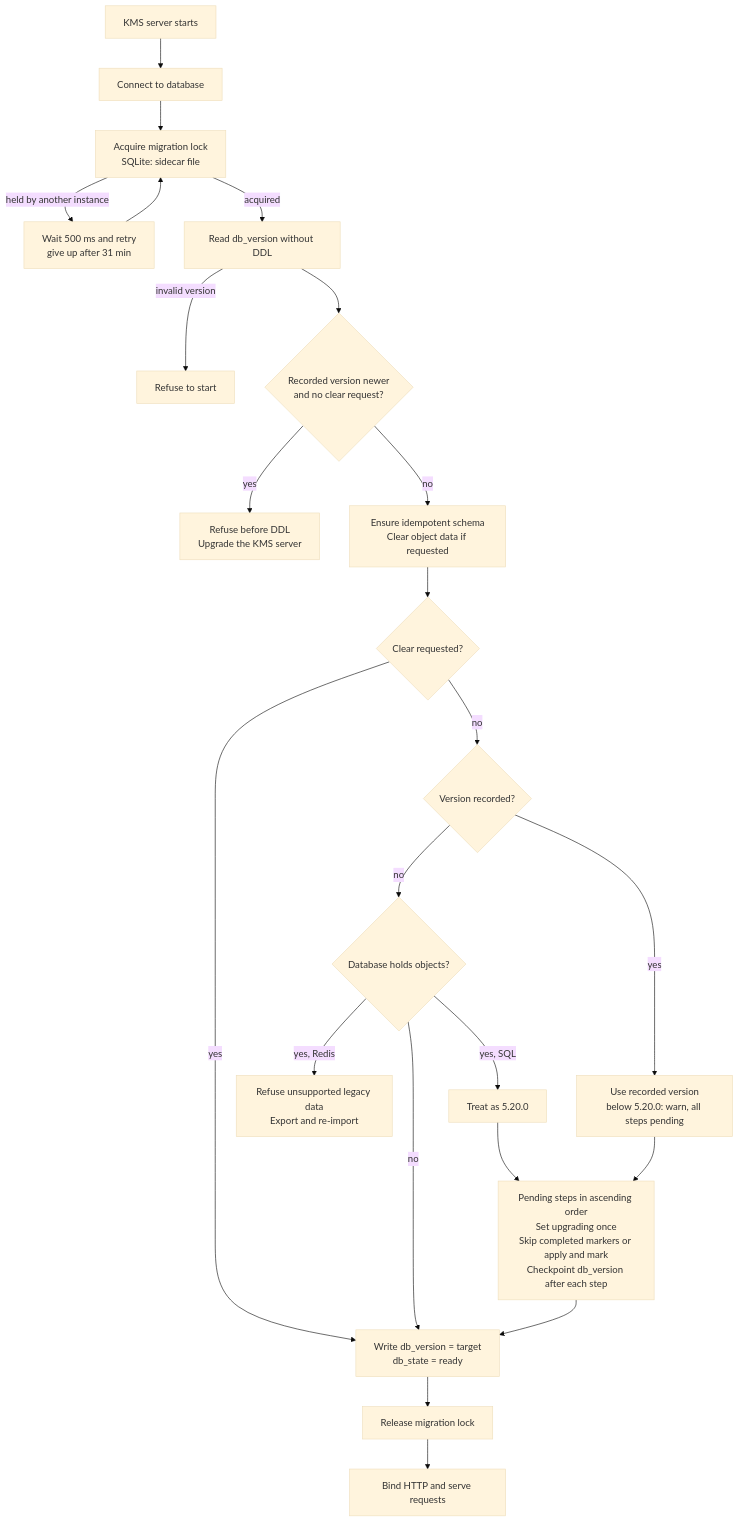
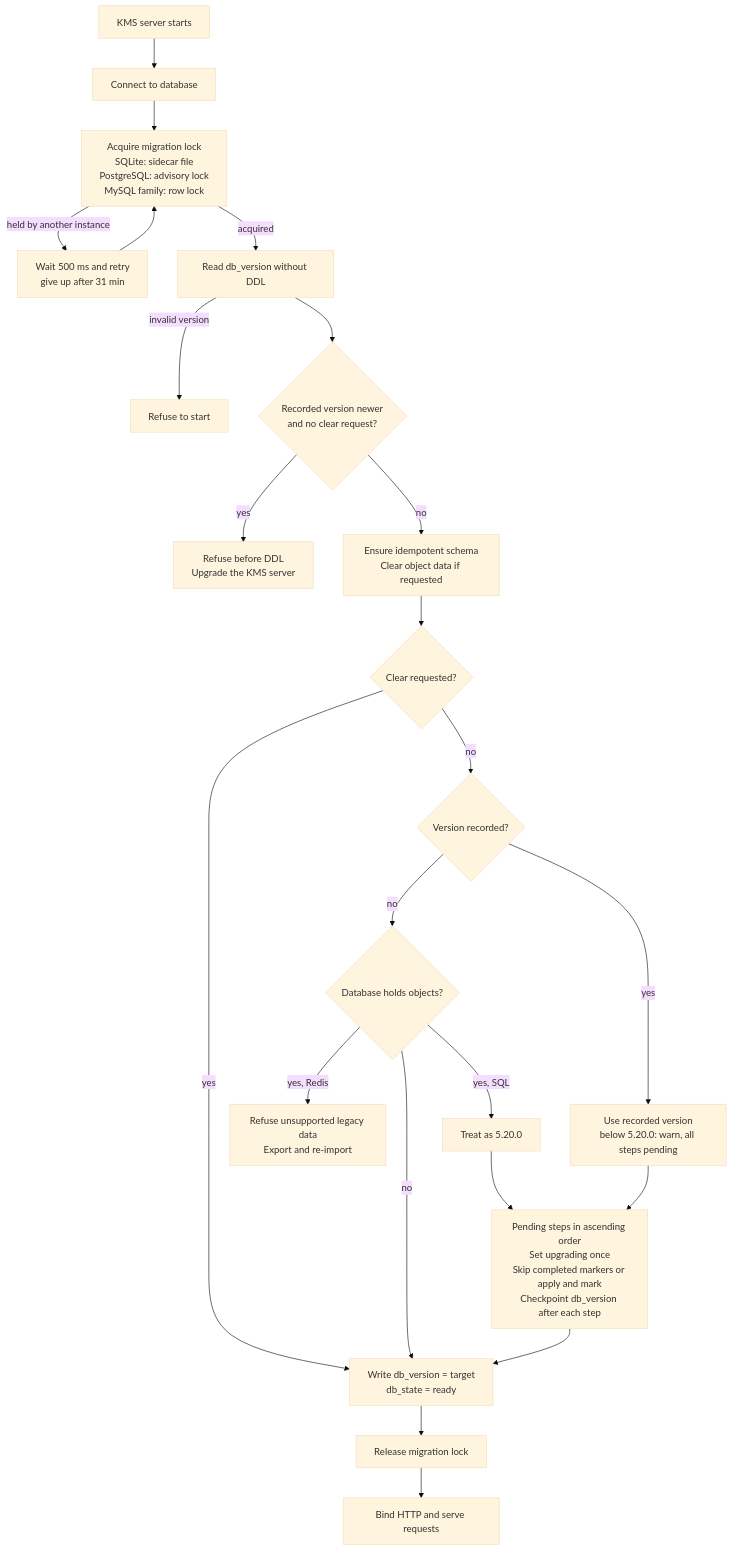
The second of 2 diagrams in documentation/docs/configuration/database/configuration.md (Cosmian/kms), drawn with Mermaid (base theme) before and after one commit. The commit also changed other lines of this file and 3 other files, not shown here.

````diff
--- a/documentation/docs/configuration/database/configuration.md
+++ b/documentation/docs/configuration/database/configuration.md
@@ -420,25 +420,25 @@
 ```mermaid
 flowchart TD
     Start["KMS server starts"] --> Connect["Connect to database"]
-    Connect --> Lock["Acquire migration lock<br/>SQLite: sidecar file"]
+    Connect --> Lock["Acquire migration lock<br/>SQLite: sidecar file<br/>PostgreSQL: advisory lock<br/>MySQL family: row lock"]
     Lock -- "held by another instance" --> Wait["Wait 500 ms and retry<br/>give up after 31 min"]
     Wait --> Lock
     Lock -- "acquired" --> ReadVersion["Read db_version without DDL"]
     ReadVersion -- "invalid version" --> Invalid["Refuse to start"]
     ReadVersion --> Compare{"Recorded version newer<br/>and no clear request?"}
     Compare -- "yes" --> Refuse["Refuse before DDL<br/>Upgrade the KMS server"]
     Compare -- "no" --> Schema["Ensure idempotent schema<br/>Clear object data if requested"]
     Schema --> Clear{"Clear requested?"}
     Clear -- "yes" --> Stamp["Write db_version = target<br/>db_state = ready"]
     Clear -- "no" --> Recorded{"Version recorded?"}
     Recorded -- "no" --> Data{"Database holds objects?"}
     Data -- "no" --> Stamp
     Data -- "yes, SQL" --> Baseline["Treat as 5.20.0"]
     Data -- "yes, Redis" --> Legacy["Refuse unsupported legacy data<br/>Export and re-import"]
     Recorded -- "yes" --> UseRecorded["Use recorded version<br/>below 5.20.0: warn, all steps pending"]
     Baseline --> Steps
     UseRecorded --> Steps["Pending steps in ascending order<br/>Set upgrading once<br/>Skip completed markers or apply and mark<br/>Checkpoint db_version after each step"]
     Steps --> Stamp
     Stamp --> Unlock["Release migration lock"]
     Unlock --> Serve["Bind HTTP and serve requests"]
 ```
````
